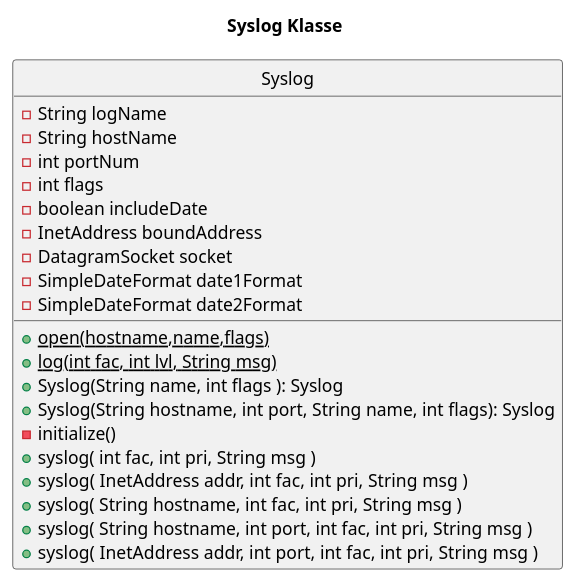
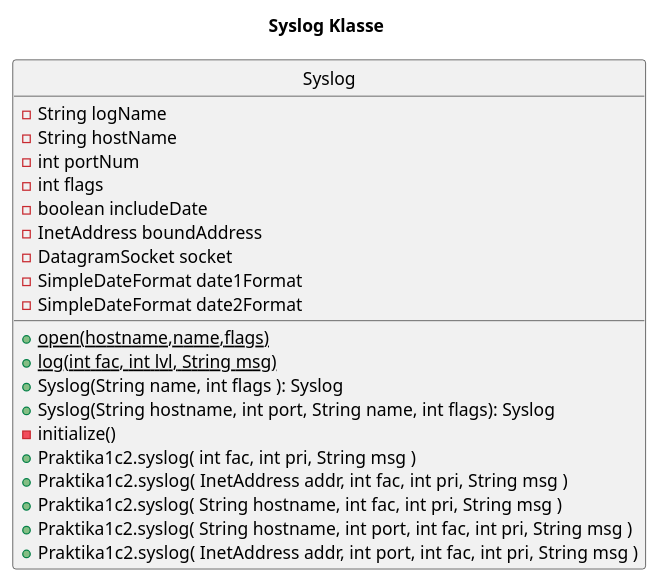
One commit to CmdLari/STUDIUM_S4_RNP changed the fourth of 4 diagrams in Notizen_zu_RNP2_SSH_DOCKER_VM.md. Above: the diagram before and after it, drawn with PlantUML. The commit also changed other lines of this file and 21 other files, not shown here.

````diff
--- a/Notizen_zu_RNP2_SSH_DOCKER_VM.md
+++ b/Notizen_zu_RNP2_SSH_DOCKER_VM.md
@@ -229,37 +229,37 @@
 ```plantuml 
 @startuml
 
 title
 Syslog Klasse 
 end title
 
 
 hide circle
 
 class Syslog{
     - String logName
 	- String hostName
 	- int portNum
 	- int flags
 	- boolean includeDate
 	- InetAddress boundAddress
 	- DatagramSocket socket
 	- SimpleDateFormat date1Format
 	- SimpleDateFormat date2Format
 
 
     + {static} open(hostname,name,flags)
     + {static} log(int fac, int lvl, String msg)
     + Syslog(String name, int flags ): Syslog
     + Syslog(String hostname, int port, String name, int flags): Syslog
     - initialize()
-    + syslog( int fac, int pri, String msg )
-    + syslog( InetAddress addr, int fac, int pri, String msg )
-    + syslog( String hostname, int fac, int pri, String msg )
-    + syslog( String hostname, int port, int fac, int pri, String msg )
-    + syslog( InetAddress addr, int port, int fac, int pri, String msg )
+    + Praktika1c2.syslog( int fac, int pri, String msg )
+    + Praktika1c2.syslog( InetAddress addr, int fac, int pri, String msg )
+    + Praktika1c2.syslog( String hostname, int fac, int pri, String msg )
+    + Praktika1c2.syslog( String hostname, int port, int fac, int pri, String msg )
+    + Praktika1c2.syslog( InetAddress addr, int port, int fac, int pri, String msg )
 }
 
 @enduml
 
 ```
````
